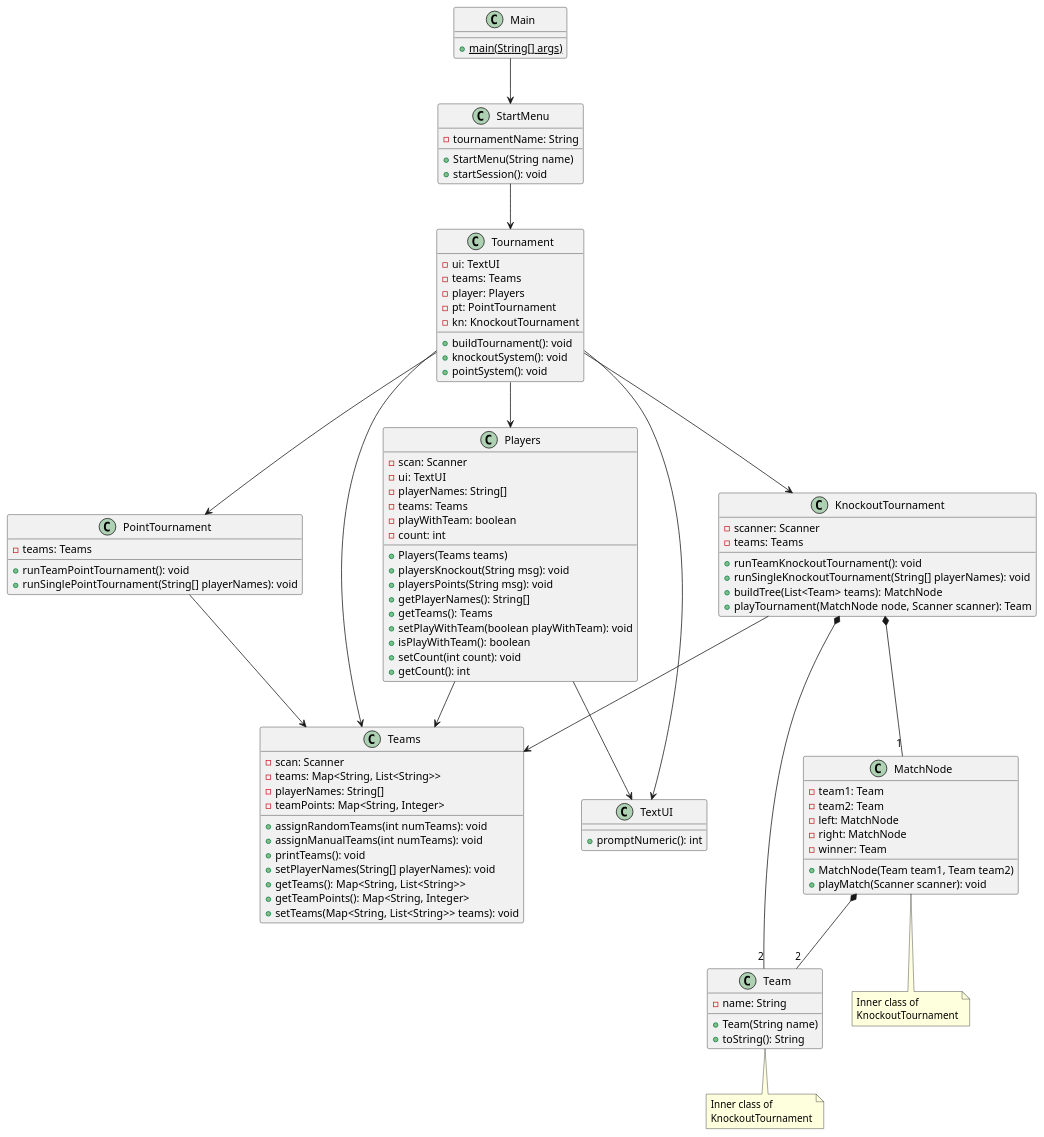
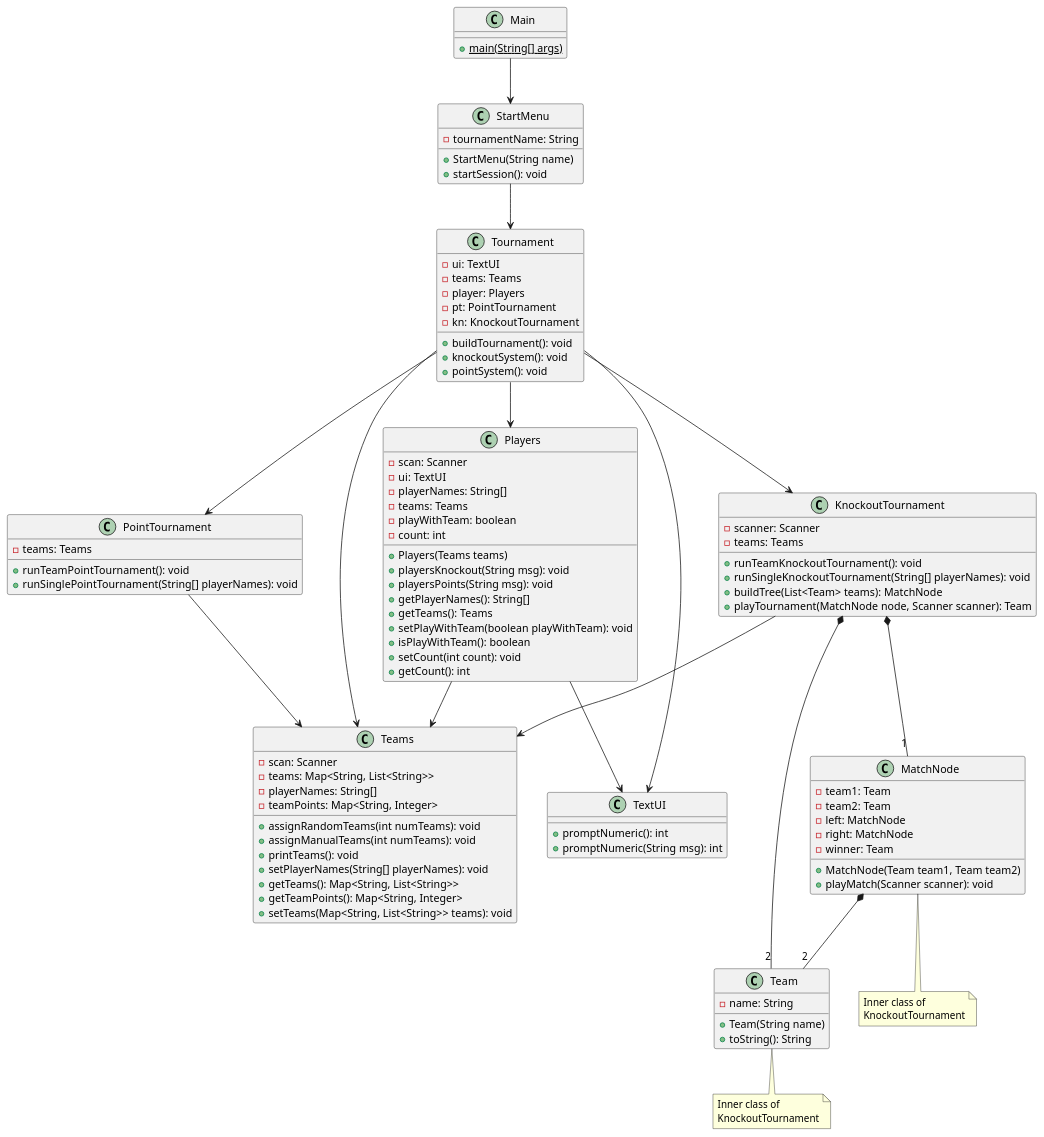
Before and after one commit to Nali1234-lab/SP4-PROJECT: the diagram in doc/class-diagram-1.puml, drawn with PlantUML. The commit also changed 2 other files, not shown here.

```diff
--- a/doc/class-diagram-1.puml
+++ b/doc/class-diagram-1.puml
@@ -1,111 +1,112 @@
 @startuml
 
 class Main {
     + {static} main(String[] args)
 }
 
 class StartMenu {
     - tournamentName: String
     + StartMenu(String name)
     + startSession(): void
 }
 
 class Tournament {
     - ui: TextUI
     - teams: Teams
     - player: Players
     - pt: PointTournament
     - kn: KnockoutTournament
     + buildTournament(): void
     + knockoutSystem(): void
     + pointSystem(): void
 }
 
 class Teams {
     - scan: Scanner
     - teams: Map<String, List<String>>
     - playerNames: String[]
     - teamPoints: Map<String, Integer>
     + assignRandomTeams(int numTeams): void
     + assignManualTeams(int numTeams): void
     + printTeams(): void
     + setPlayerNames(String[] playerNames): void
     + getTeams(): Map<String, List<String>>
     + getTeamPoints(): Map<String, Integer>
     + setTeams(Map<String, List<String>> teams): void
 }
 
 class Players {
     - scan: Scanner
     - ui: TextUI
     - playerNames: String[]
     - teams: Teams
     - playWithTeam: boolean
     - count: int
     + Players(Teams teams)
     + playersKnockout(String msg): void
     + playersPoints(String msg): void
     + getPlayerNames(): String[]
     + getTeams(): Teams
     + setPlayWithTeam(boolean playWithTeam): void
     + isPlayWithTeam(): boolean
     + setCount(int count): void
     + getCount(): int
 }
 
 class PointTournament {
     - teams: Teams
     + runTeamPointTournament(): void
     + runSinglePointTournament(String[] playerNames): void
 }
 
 class KnockoutTournament {
     - scanner: Scanner
     - teams: Teams
     + runTeamKnockoutTournament(): void
     + runSingleKnockoutTournament(String[] playerNames): void
     + buildTree(List<Team> teams): MatchNode
     + playTournament(MatchNode node, Scanner scanner): Team
 }
 
 class Team {
     - name: String
     + Team(String name)
     + toString(): String
 }
 
 class MatchNode {
     - team1: Team
     - team2: Team
     - left: MatchNode
     - right: MatchNode
     - winner: Team
     + MatchNode(Team team1, Team team2)
     + playMatch(Scanner scanner): void
 }
 
 class TextUI {
     + promptNumeric(): int
+    + promptNumeric(String msg): int
 }
 
 Main --> StartMenu
 StartMenu --> Tournament
 Tournament --> Teams
 Tournament --> Players
 Tournament --> PointTournament
 Tournament --> KnockoutTournament
 Tournament --> TextUI
 Players --> Teams
 Players --> TextUI
 PointTournament --> Teams
 KnockoutTournament --> Teams
 KnockoutTournament *-- "2" Team
 KnockoutTournament *-- "1" MatchNode
 MatchNode *-- "2" Team
 
 note "Inner class of\nKnockoutTournament" as N1
 note "Inner class of\nKnockoutTournament" as N2
 Team .. N1
 MatchNode .. N2
 
 @enduml
```
